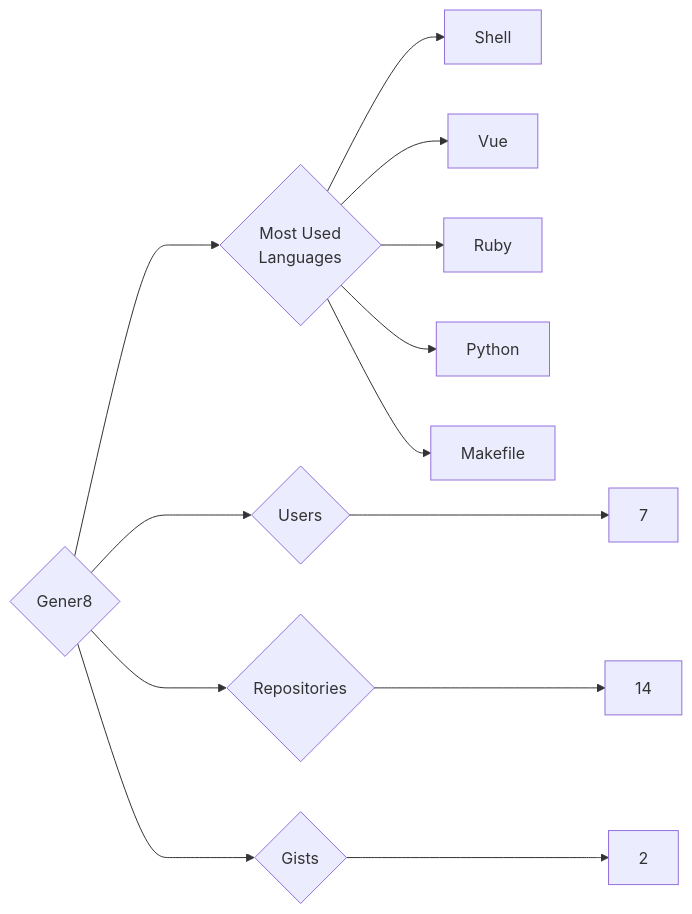
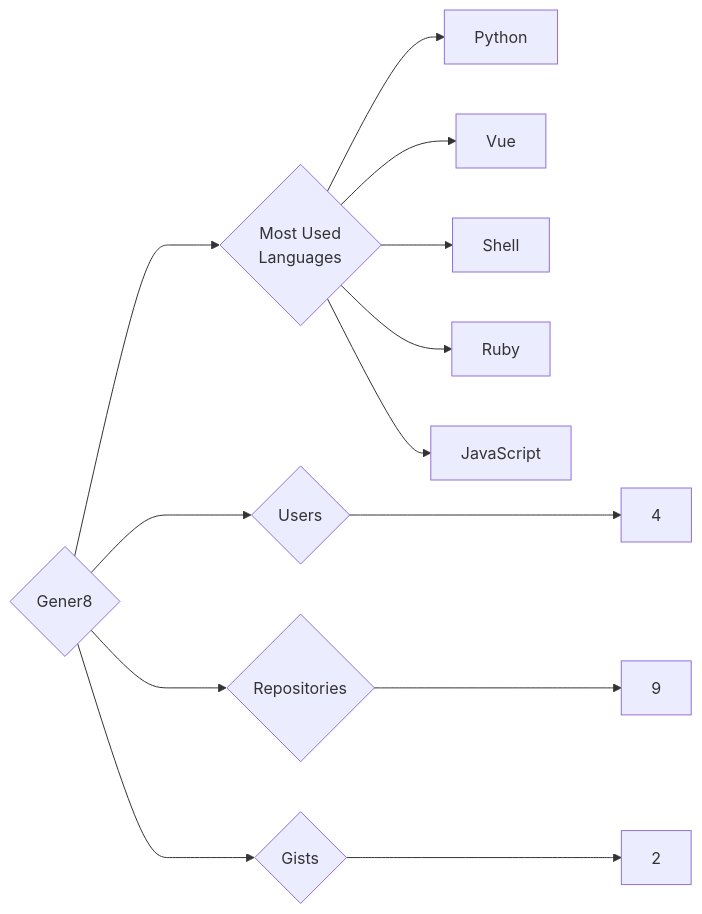
The diagram in targets/Gener8/README.md (trickest/insiders), drawn with Mermaid before and after one commit. The commit also changed 1078 other files, not shown here.

````diff
--- a/targets/Gener8/README.md
+++ b/targets/Gener8/README.md
@@ -3,13 +3,13 @@
 ```mermaid
 graph LR
 COMPANY_NAME{Gener8}
-COMPANY_NAME ---> U{Users} ---> UN[7]
-COMPANY_NAME ---> R{Repositories} ---> RN[14]
+COMPANY_NAME ---> U{Users} ---> UN[4]
+COMPANY_NAME ---> R{Repositories} ---> RN[9]
 COMPANY_NAME ---> G{Gists} ---> GN[2]
 COMPANY_NAME ---> ML{Most Used<br>Languages}
+ML --> Python[Python]
+ML --> Vue[Vue]
 ML --> Shell[Shell]
-ML --> Vue[Vue]
 ML --> Ruby[Ruby]
-ML --> Python[Python]
-ML --> Makefile[Makefile]
+ML --> JavaScript[JavaScript]
 ```
````
